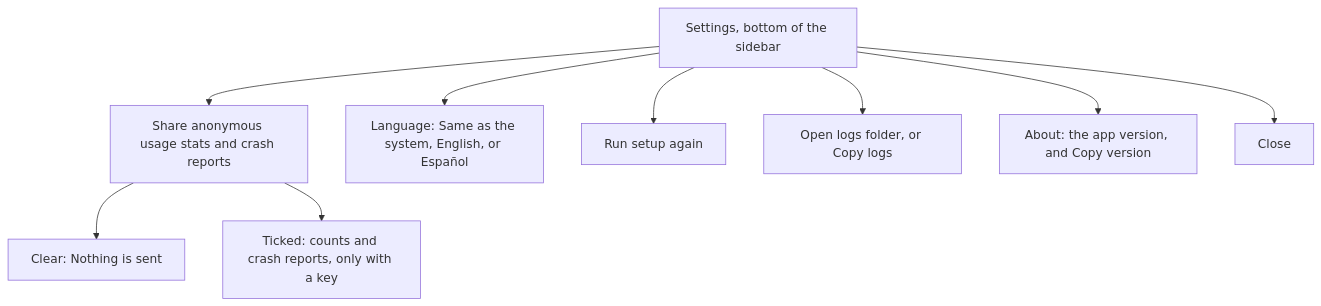
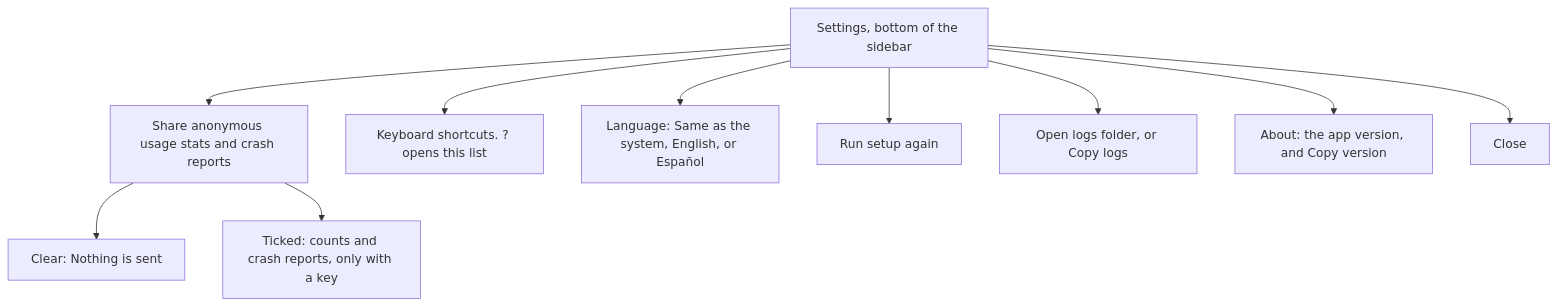
One commit to mookiejones/crateCraft changed the diagram in docs/wiki/Settings.md. Above: the diagram before and after it, drawn with Mermaid. The commit also changed 23 other files, not shown here.

First line of the commit message:
Move the keyboard shortcut list into Settings.

````diff
--- a/docs/wiki/Settings.md
+++ b/docs/wiki/Settings.md
@@ -8,11 +8,12 @@
 ```mermaid
 flowchart TD
   rail["Settings, bottom of the sidebar"] --> box["Share anonymous usage stats and crash reports"]
   box --> off["Clear: Nothing is sent"]
   box --> on["Ticked: counts and crash reports, only with a key"]
+  rail --> keys["Keyboard shortcuts. ? opens this list"]
   rail --> language["Language: Same as the system, English, or Español"]
   rail --> again["Run setup again"]
   rail --> logs["Open logs folder, or Copy logs"]
   rail --> about["About: the app version, and Copy version"]
   rail --> close["Close"]
 ```
````
